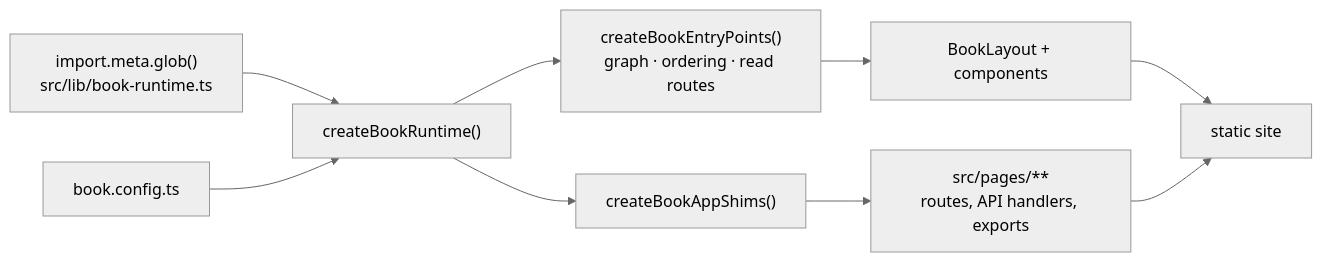
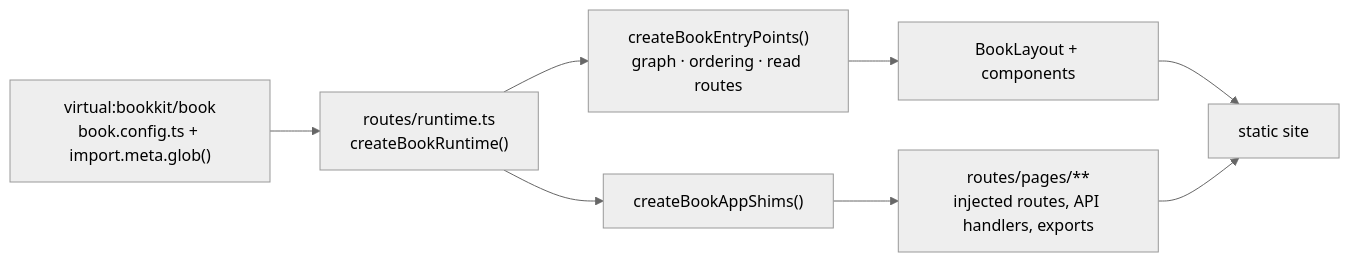
The second of 3 diagrams in docs/architecture.md (zz-plant/bookkit), drawn with Mermaid (neutral theme) before and after one commit. The commit also changed other lines of this file and 307 other files, not shown here.

````diff
--- a/docs/architecture.md
+++ b/docs/architecture.md
@@ -50,11 +50,10 @@
 ```mermaid
 flowchart LR
-    G["import.meta.glob()<br/>src/lib/book-runtime.ts"] --> R["createBookRuntime()"]
-    CFG["book.config.ts"] --> R
+    G["virtual:bookkit/book<br/>book.config.ts + import.meta.glob()"] --> R["routes/runtime.ts<br/>createBookRuntime()"]
     R --> EP["createBookEntryPoints()<br/>graph · ordering · read routes"]
     R --> S["createBookAppShims()"]
-    S --> RT["src/pages/**<br/>routes, API handlers, exports"]
+    S --> RT["routes/pages/**<br/>injected routes, API handlers, exports"]
     EP --> L["BookLayout + components"]
     L --> OUT["static site"]
     RT --> OUT
 ```
````
